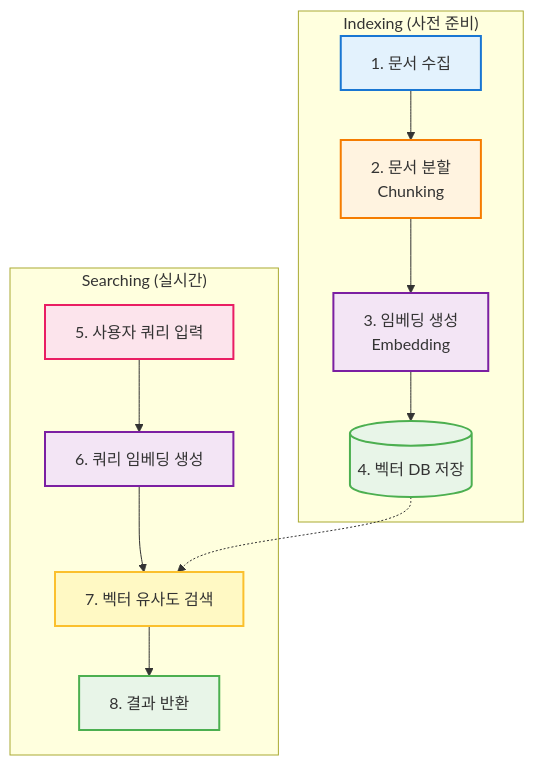
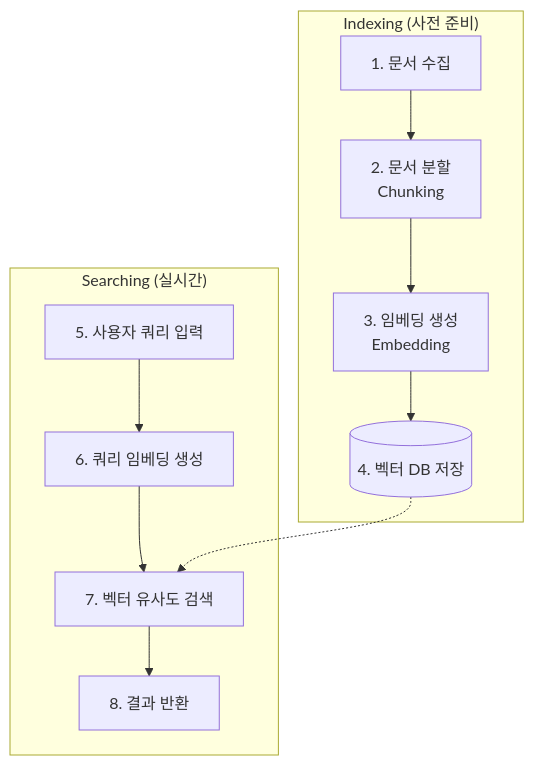
One commit to harimkang/ai-engineer-guide changed the diagram in docs/4-대규모-언어-모델-llm/4-4-응용-and-태스크/embeddings-and-semantic-search.md. Above: the diagram before and after it, drawn with Mermaid. The commit also changed 45 other files, not shown here.

````diff
--- a/docs/4-대규모-언어-모델-llm/4-4-응용-and-태스크/embeddings-and-semantic-search.md
+++ b/docs/4-대규모-언어-모델-llm/4-4-응용-and-태스크/embeddings-and-semantic-search.md
@@ -29,25 +29,16 @@
 ```mermaid
 graph TD
     subgraph "Indexing (사전 준비)"
         A[1. 문서 수집] --> B[2. 문서 분할<br/>Chunking]
         B --> C[3. 임베딩 생성<br/>Embedding]
         C --> D[(4. 벡터 DB 저장)]
     end
 
     subgraph "Searching (실시간)"
         E[5. 사용자 쿼리 입력] --> F[6. 쿼리 임베딩 생성]
         F --> G[7. 벡터 유사도 검색]
         G --> H[8. 결과 반환]
     end
 
     D -.-> G
-
-    style A fill:#e3f2fd,stroke:#1976d2,stroke-width:2px
-    style B fill:#fff3e0,stroke:#f57c00,stroke-width:2px
-    style C fill:#f3e5f5,stroke:#7b1fa2,stroke-width:2px
-    style D fill:#e8f5e8,stroke:#4caf50,stroke-width:2px
-    style E fill:#fce4ec,stroke:#e91e63,stroke-width:2px
-    style F fill:#f3e5f5,stroke:#7b1fa2,stroke-width:2px
-    style G fill:#fff9c4,stroke:#fbc02d,stroke-width:2px
-    style H fill:#e8f5e8,stroke:#4caf50,stroke-width:2px
 ```
````
